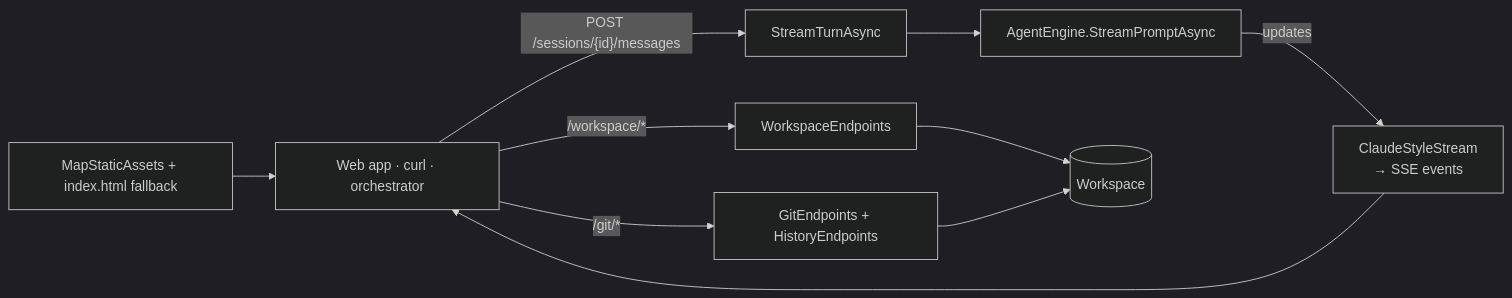
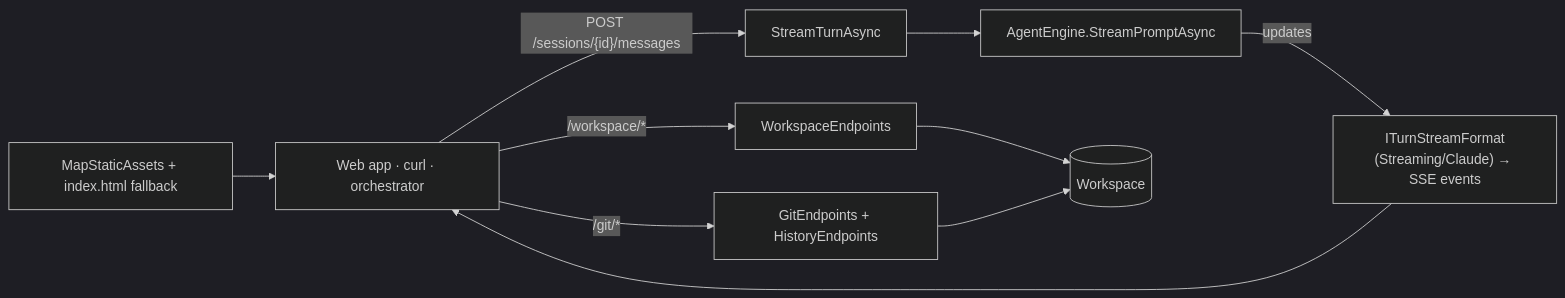
Before and after one commit to bosbevk/louis-agent: the diagram in docs/projects/louis-agent.api.md, drawn with Mermaid (dark theme). The commit also changed other lines of this file and 5 other files, not shown here.

````diff
--- a/docs/projects/louis-agent.api.md
+++ b/docs/projects/louis-agent.api.md
@@ -15,9 +15,9 @@
 ```mermaid
 flowchart LR
     Client["Web app · curl · orchestrator"] -- "POST /sessions/{id}/messages" --> Turn["StreamTurnAsync"]
     Turn --> Engine["AgentEngine.StreamPromptAsync"]
-    Engine -- "updates" --> SSE["ClaudeStyleStream<br/>→ SSE events"] --> Client
+    Engine -- "updates" --> SSE["ITurnStreamFormat<br/>(Streaming/Claude) → SSE events"] --> Client
     Client -- "/workspace/*" --> WS["WorkspaceEndpoints"] --> Files[("Workspace")]
     Client -- "/git/*" --> Git["GitEndpoints + HistoryEndpoints"] --> Files
     Static["MapStaticAssets + index.html fallback"] --> Client
 ```
````
